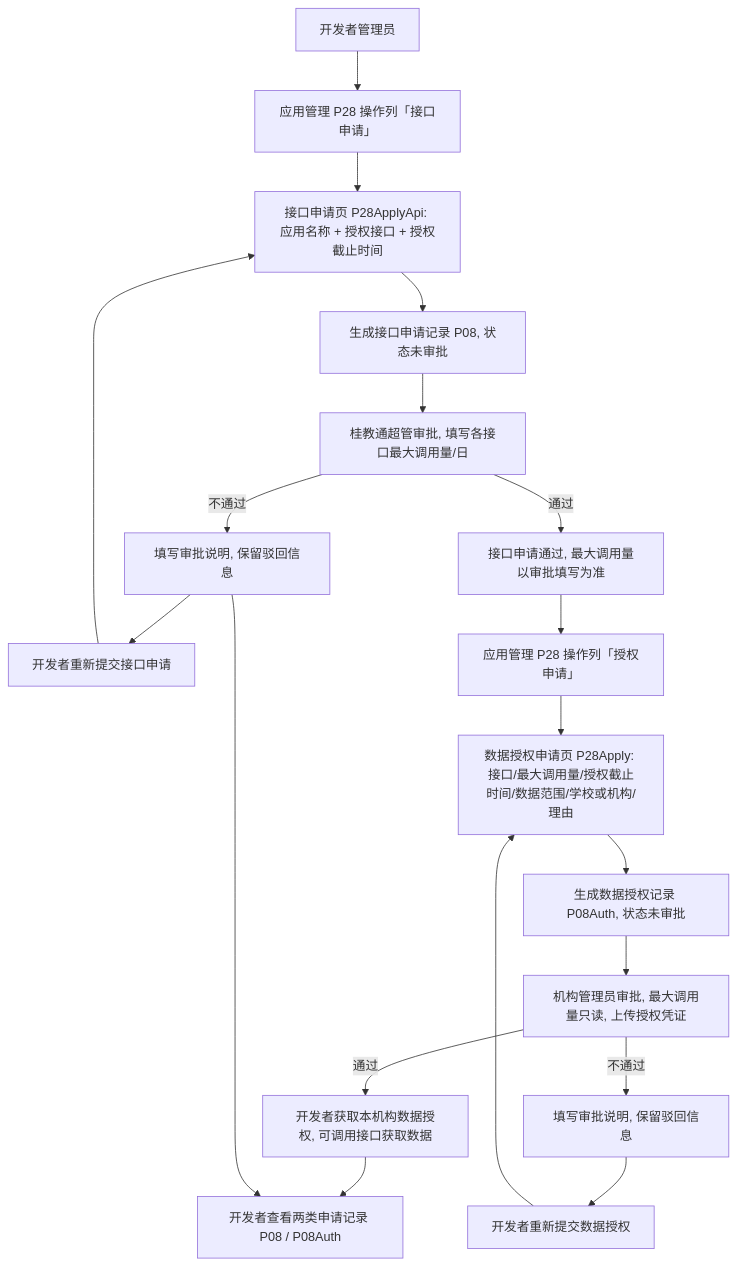
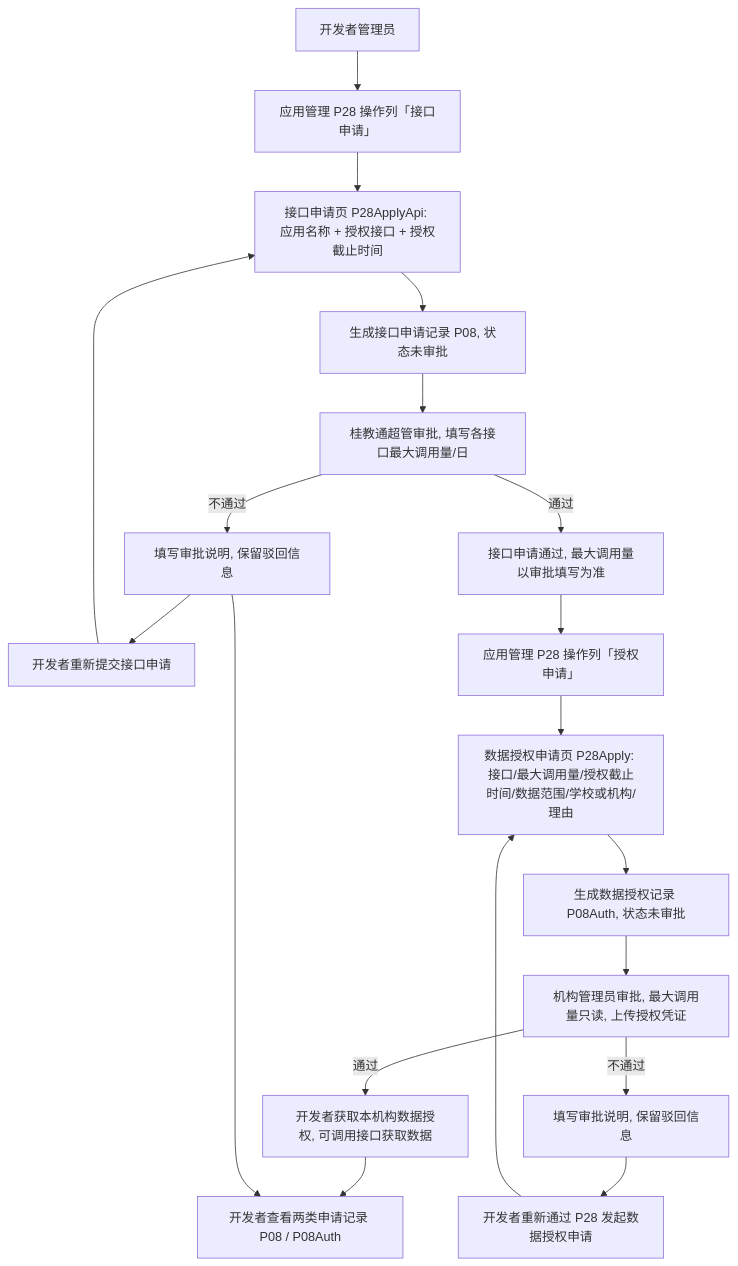
Before and after one commit to sunmei119/capPlatform: the third of 9 diagrams in output/prd/prd.md, drawn with Mermaid. The commit also changed other lines of this file and 2 other files, not shown here.

````diff
--- a/output/prd/prd.md
+++ b/output/prd/prd.md
@@ -142,21 +142,21 @@
 ```mermaid
 flowchart TD
     A[开发者管理员] --> B[应用管理 P28 操作列「接口申请」]
     B --> C[接口申请页 P28ApplyApi: 应用名称 + 授权接口 + 授权截止时间]
     C --> D[生成接口申请记录 P08, 状态未审批]
     D --> E[桂教通超管审批, 填写各接口最大调用量/日]
     E -- 不通过 --> F[填写审批说明, 保留驳回信息]
     E -- 通过 --> G[接口申请通过, 最大调用量以审批填写为准]
     F --> M[开发者重新提交接口申请]
     M --> C
     G --> H[应用管理 P28 操作列「授权申请」]
     H --> I[数据授权申请页 P28Apply: 接口/最大调用量/授权截止时间/数据范围/学校或机构/理由]
     I --> J[生成数据授权记录 P08Auth, 状态未审批]
     J --> K[机构管理员审批, 最大调用量只读, 上传授权凭证]
     K -- 不通过 --> L[填写审批说明, 保留驳回信息]
     K -- 通过 --> N[开发者获取本机构数据授权, 可调用接口获取数据]
-    L --> O[开发者重新提交数据授权]
+    L --> O[开发者重新通过 P28 发起数据授权申请]
     O --> I
     N --> P[开发者查看两类申请记录 P08 / P08Auth]
     F --> P
 ```
````
